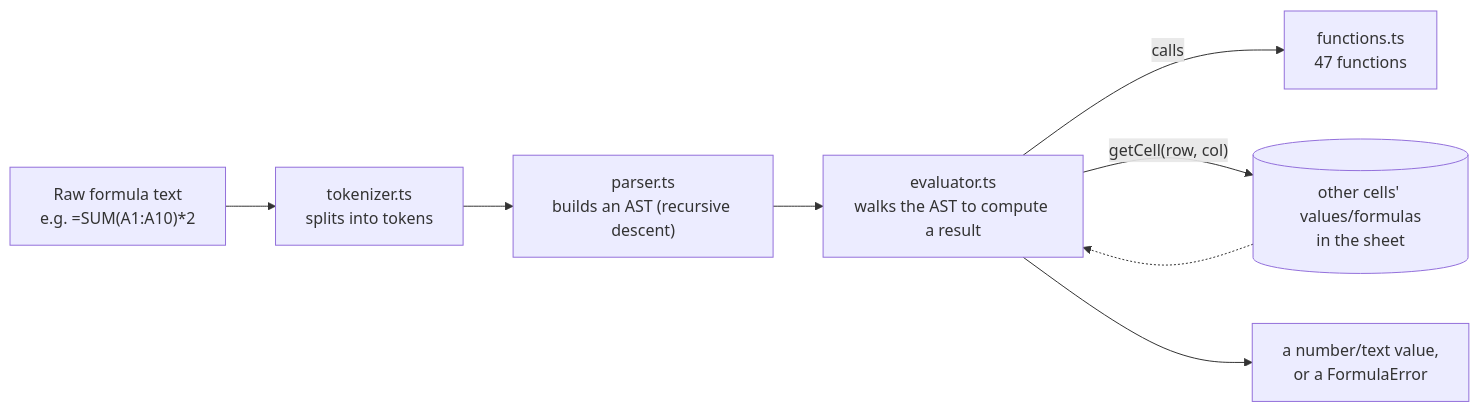
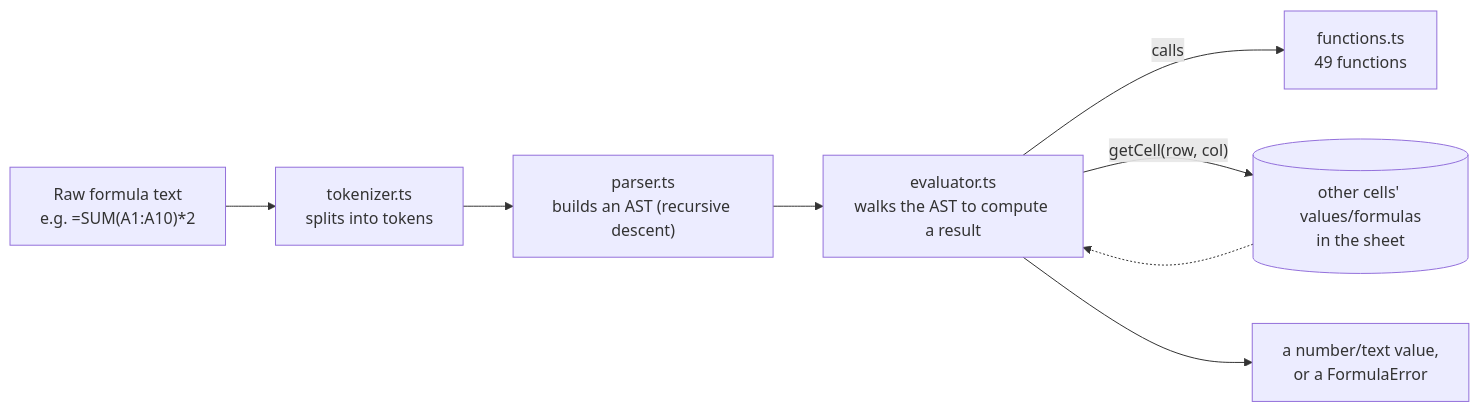
One commit to SuruchBoss/ExcelToGo changed the third of 4 diagrams in README.en.md. Above: the diagram before and after it, drawn with Mermaid. The commit also changed other lines of this file and 11 other files, not shown here.

````diff
--- a/README.en.md
+++ b/README.en.md
@@ -900,10 +900,10 @@
 ```mermaid
 flowchart LR
     Raw["Raw formula text<br/>e.g. =SUM(A1:A10)*2"] --> Tok["tokenizer.ts<br/>splits into tokens"]
     Tok --> Par["parser.ts<br/>builds an AST (recursive descent)"]
     Par --> Eval["evaluator.ts<br/>walks the AST to compute a result"]
-    Eval -->|"calls"| Fn["functions.ts<br/>47 functions"]
+    Eval -->|"calls"| Fn["functions.ts<br/>49 functions"]
     Eval -->|"getCell(row, col)"| Sheet[("other cells' values/formulas<br/>in the sheet")]
     Sheet -.-> Eval
     Eval --> Result["a number/text value,<br/>or a FormulaError"]
 ```
````
